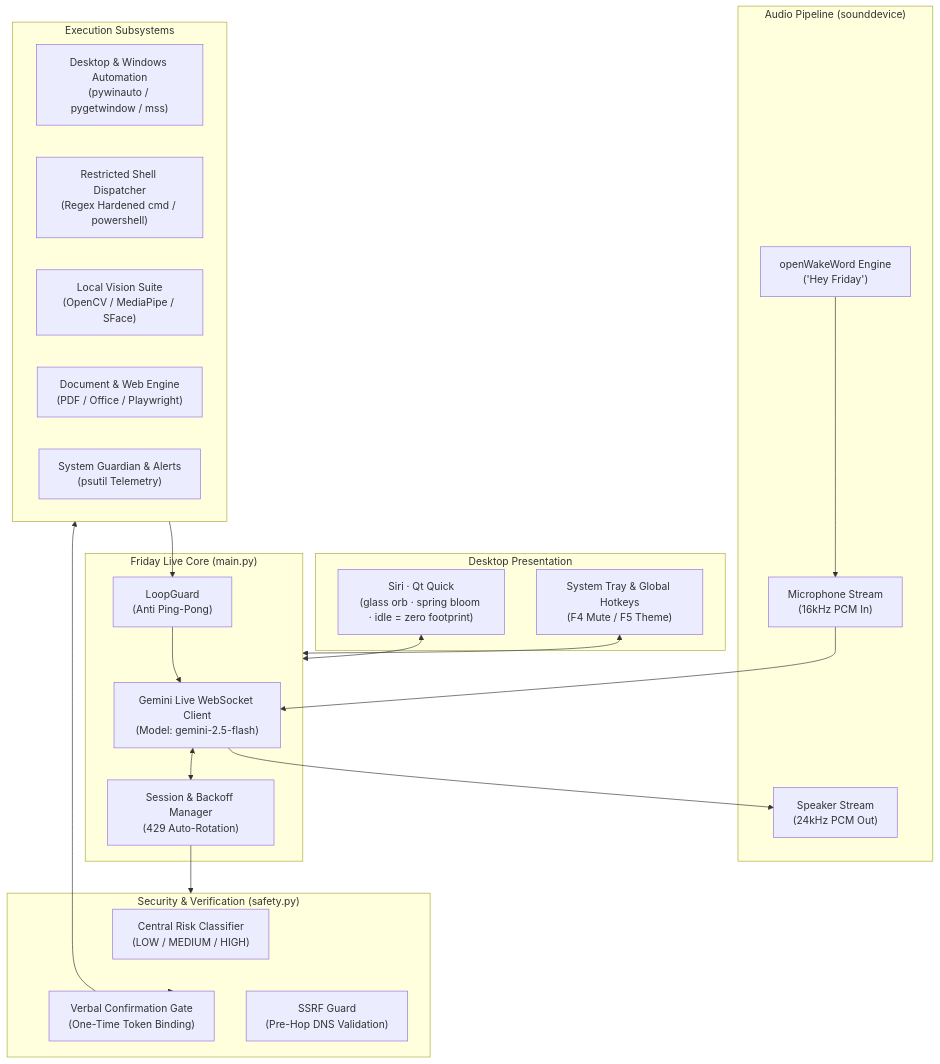
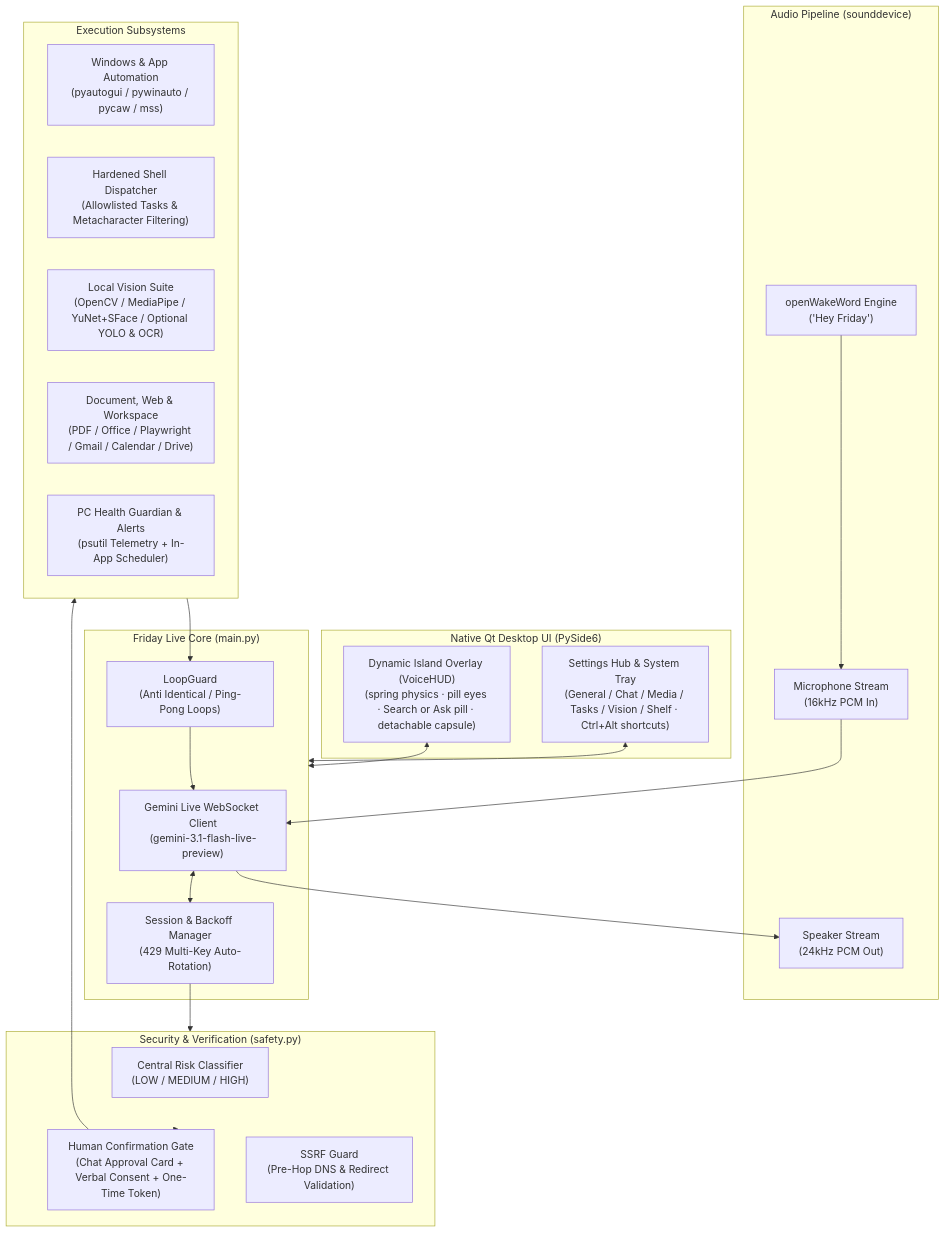
One commit to mayankkashyap05/FRIDAY changed the diagram in readme.md. Above: the diagram before and after it, drawn with Mermaid. The commit also changed other lines of this file, not shown here.

First line of the commit message:
Refresh README for native PySide6 UI

````diff
--- a/readme.md
+++ b/readme.md
@@ -49,45 +49,46 @@
 ```mermaid
 flowchart TD
-    subgraph UserInterface["Desktop Presentation"]
-        UI["Siri · Qt Quick<br>(glass orb · spring bloom · idle = zero footprint)"]
-        Tray["System Tray & Global Hotkeys<br>(F4 Mute / F5 Theme)"]
+    subgraph UserInterface["Native Qt Desktop UI (PySide6)"]
+        UI["Dynamic Island Overlay (VoiceHUD)<br>(spring physics · pill eyes · Search or Ask pill · detachable capsule)"]
+        Hub["Settings Hub & System Tray<br>(General / Chat / Media / Tasks / Vision / Shelf · Ctrl+Alt shortcuts)"]
     end
 
     subgraph AudioEngine["Audio Pipeline (sounddevice)"]
         Mic["Microphone Stream<br>(16kHz PCM In)"]
         Spk["Speaker Stream<br>(24kHz PCM Out)"]
         Wake["openWakeWord Engine<br>('Hey Friday')"]
     end
 
     subgraph CoreEngine["Friday Live Core (main.py)"]
-        LiveWS["Gemini Live WebSocket Client<br>(Model: gemini-2.5-flash)"]
-        SessionMgr["Session & Backoff Manager<br>(429 Auto-Rotation)"]
-        LoopGuard["LoopGuard<br>(Anti Ping-Pong)"]
+        LiveWS["Gemini Live WebSocket Client<br>(gemini-3.1-flash-live-preview)"]
+        SessionMgr["Session & Backoff Manager<br>(429 Multi-Key Auto-Rotation)"]
+        LoopGuard["LoopGuard<br>(Anti Identical / Ping-Pong Loops)"]
     end
 
     subgraph SafetyGate["Security & Verification (safety.py)"]
         RiskEngine["Central Risk Classifier<br>(LOW / MEDIUM / HIGH)"]
-        ConsentGate["Verbal Confirmation Gate<br>(One-Time Token Binding)"]
-        SSRF["SSRF Guard<br>(Pre-Hop DNS Validation)"]
+        ConsentGate["Human Confirmation Gate<br>(Chat Approval Card + Verbal Consent + One-Time Token)"]
+        SSRF["SSRF Guard<br>(Pre-Hop DNS & Redirect Validation)"]
     end
 
     subgraph ToolDispatch["Execution Subsystems"]
-        DesktopAction["Desktop & Windows Automation<br>(pywinauto / pygetwindow / mss)"]
-        ShellAction["Restricted Shell Dispatcher<br>(Regex Hardened cmd / powershell)"]
-        VisionSuite["Local Vision Suite<br>(OpenCV / MediaPipe / SFace)"]
-        DocQA["Document & Web Engine<br>(PDF / Office / Playwright)"]
-        Watchdogs["System Guardian & Alerts<br>(psutil Telemetry)"]
+        DesktopAction["Windows & App Automation<br>(pyautogui / pywinauto / pycaw / mss)"]
+        ShellAction["Hardened Shell Dispatcher<br>(Allowlisted Tasks & Metacharacter Filtering)"]
+        VisionSuite["Local Vision Suite<br>(OpenCV / MediaPipe / YuNet+SFace / Optional YOLO & OCR)"]
+        DocQA["Document, Web & Workspace<br>(PDF / Office / Playwright / Gmail / Calendar / Drive)"]
+        Watchdogs["PC Health Guardian & Alerts<br>(psutil Telemetry + In-App Scheduler)"]
     end
 
     Mic --> LiveWS
     LiveWS --> Spk
     Wake --> Mic
     UI <--> CoreEngine
-    Tray <--> CoreEngine
+    Hub <--> CoreEngine
     LiveWS <--> SessionMgr
     SessionMgr --> SafetyGate
     SafetyGate --> ConsentGate
     ConsentGate --> ToolDispatch
     ToolDispatch --> LoopGuard
     LoopGuard --> LiveWS
+
 ```
````
